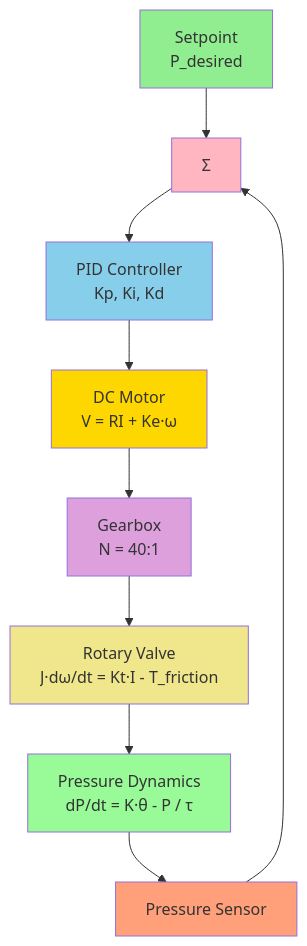
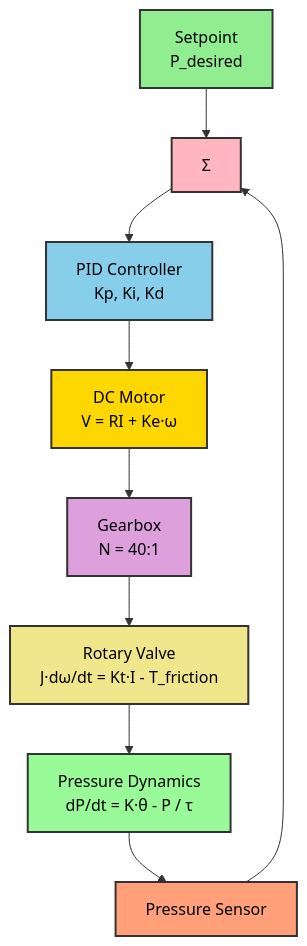
The second of 5 diagrams in README.md (chetan0021/pressure_regulation), drawn with Mermaid before and after one commit. The commit also changed other lines of this file, not shown here.

Commit message:
Fix Mermaid diagram text visibility with better contrast

````diff
--- a/README.md
+++ b/README.md
@@ -40,20 +40,20 @@
 ```mermaid
 graph TB
     SP[Setpoint<br/>P_desired] --> SUM[Σ]
     SUM --> PID[PID Controller<br/>Kp, Ki, Kd]
     PID --> MOT[DC Motor<br/>V = RI + Ke·ω]
     MOT --> GEAR[Gearbox<br/>N = 40:1]
     GEAR --> VALVE[Rotary Valve<br/>J·dω/dt = Kt·I - T_friction]
     VALVE --> PRES[Pressure Dynamics<br/>dP/dt = K·θ - P / τ]
     PRES --> SENS[Pressure Sensor]
     SENS --> SUM
     
-    style SP fill:#90EE90
-    style SUM fill:#FFB6C1
-    style PID fill:#87CEEB
-    style MOT fill:#FFD700
-    style GEAR fill:#DDA0DD
-    style VALVE fill:#F0E68C
-    style PRES fill:#98FB98
-    style SENS fill:#FFA07A
+    style SP fill:#90EE90,stroke:#333,stroke-width:2px,color:#000
+    style SUM fill:#FFB6C1,stroke:#333,stroke-width:2px,color:#000
+    style PID fill:#87CEEB,stroke:#333,stroke-width:2px,color:#000
+    style MOT fill:#FFD700,stroke:#333,stroke-width:2px,color:#000
+    style GEAR fill:#DDA0DD,stroke:#333,stroke-width:2px,color:#000
+    style VALVE fill:#F0E68C,stroke:#333,stroke-width:2px,color:#000
+    style PRES fill:#98FB98,stroke:#333,stroke-width:2px,color:#000
+    style SENS fill:#FFA07A,stroke:#333,stroke-width:2px,color:#000
 ```
````
